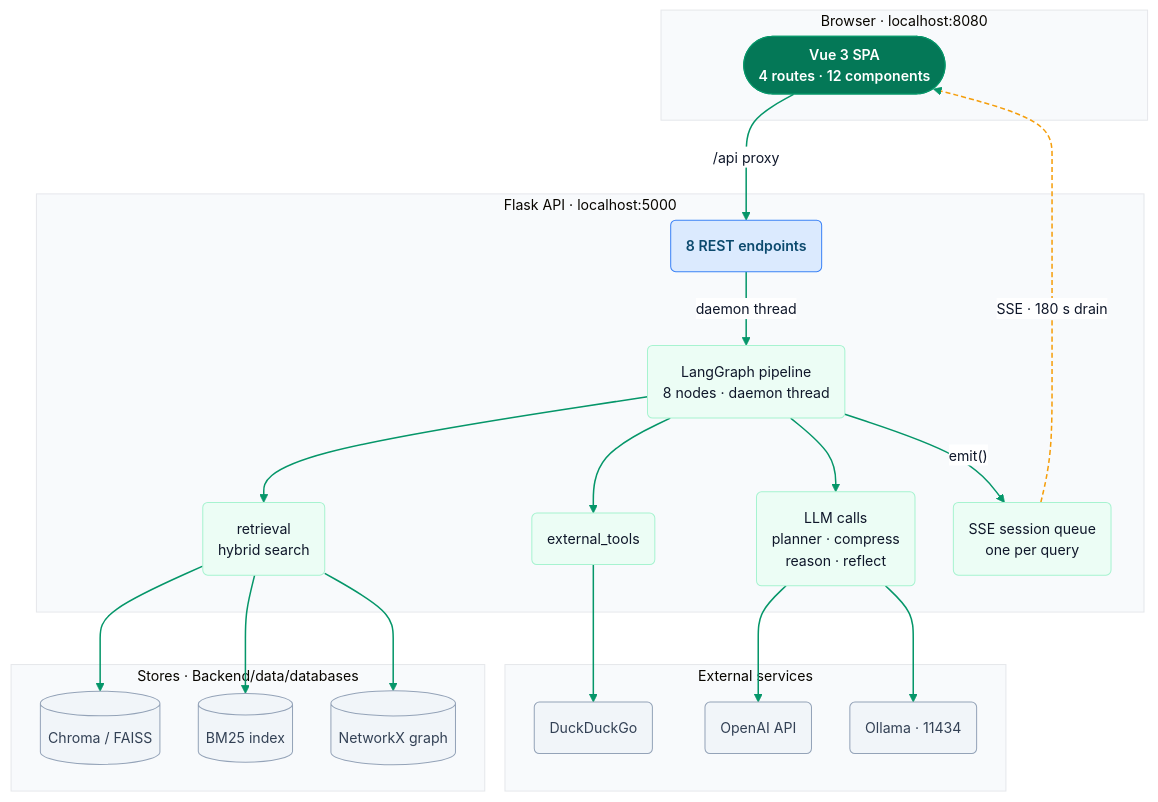
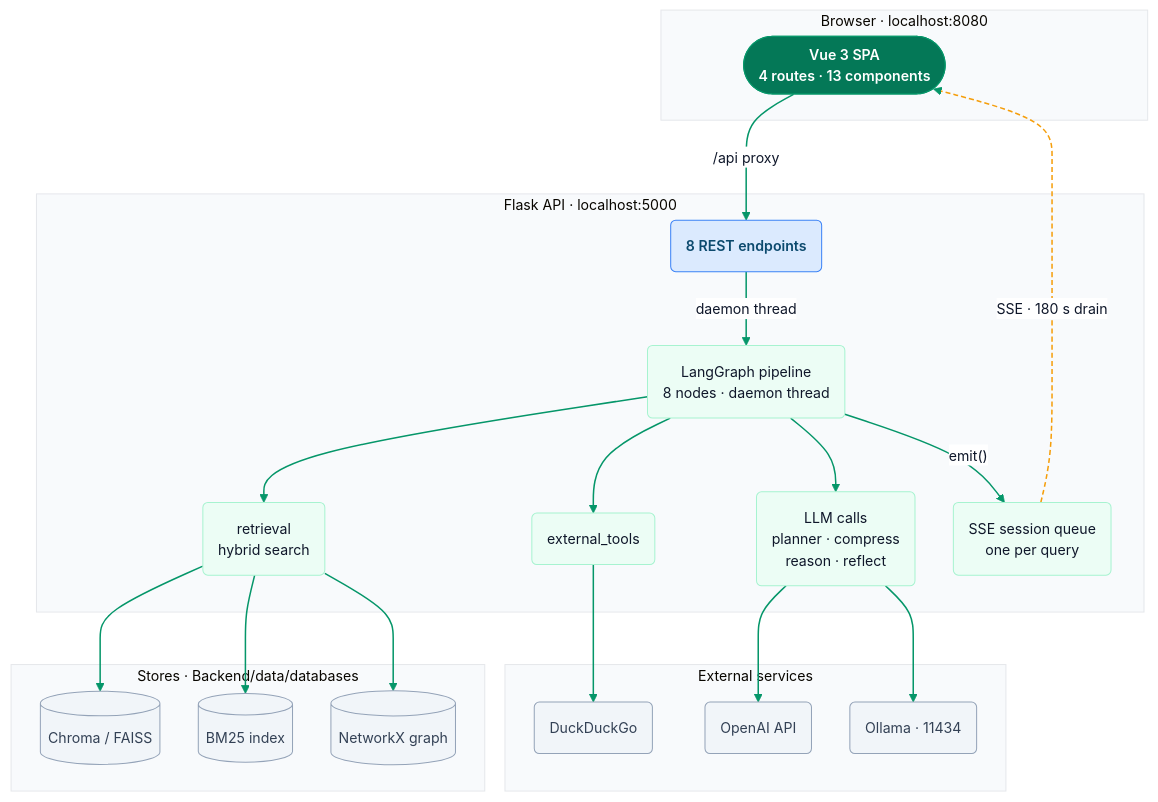
Before and after one commit to Shohrab-Hossain/Advanced-RAG-System: the diagram in .readme-lib/readme/diagrams/mermaid-source/system-architecture.mmd, drawn with Mermaid. The commit also changed 47 other files, not shown here.

```diff
--- a/.readme-lib/readme/diagrams/mermaid-source/system-architecture.mmd
+++ b/.readme-lib/readme/diagrams/mermaid-source/system-architecture.mmd
@@ -1,46 +1,46 @@
 %%{init: {'theme':'base','fontFamily':'Plus Jakarta Sans, ui-sans-serif, system-ui, sans-serif','themeCSS':'.edgeLabel, .edgeLabel p, .edgeLabel span { font-family: JetBrains Mono, ui-monospace, Consolas, monospace !important; font-size: 11px !important; color:#6B7280 !important; } .nodeLabel { font-weight:500; text-align:center; } .cluster-label .nodeLabel { font-weight:600; color:#475569 !important; }','themeVariables':{'fontSize':'14px','primaryTextColor':'#0F172A','lineColor':'#059669','edgeLabelBackground':'#FFFFFF'},'flowchart':{'curve':'basis','nodeSpacing':38,'rankSpacing':52,'diagramPadding':8,'htmlLabels':true}}}%%
 flowchart TD
     subgraph Client ["Browser · localhost:8080"]
-      SPA(["Vue 3 SPA<br/>4 routes · 12 components"]):::se
+      SPA(["Vue 3 SPA<br/>4 routes · 13 components"]):::se
     end
     subgraph Server ["Flask API · localhost:5000"]
       API("8 REST endpoints"):::gate
       PIPE("LangGraph pipeline<br/>8 nodes · daemon thread"):::step
       QUEUE("SSE session queue<br/>one per query"):::step
       RET("retrieval<br/>hybrid search"):::step
       TOOL("external_tools"):::step
       GEN("LLM calls<br/>planner · compress<br/>reason · reflect"):::step
     end
     subgraph Data ["Stores · Backend/data/databases"]
       VEC[("Chroma / FAISS")]:::ext
       BM[("BM25 index")]:::ext
       KG[("NetworkX graph")]:::ext
     end
     subgraph Outside ["External services"]
       DDG("DuckDuckGo"):::ext
       OAI("OpenAI API"):::ext
       OLL("Ollama · 11434"):::ext
     end
     SPA -->|"/api proxy"| API
     API -->|"daemon thread"| PIPE
     PIPE --> RET
     PIPE --> TOOL
     PIPE --> GEN
     PIPE -->|"emit()"| QUEUE
     QUEUE -->|"SSE · 180 s drain"| SPA
     RET --> VEC
     RET --> BM
     RET --> KG
     TOOL --> DDG
     GEN --> OAI
     GEN --> OLL
     classDef se fill:#047857,stroke:#059669,color:#FFFFFF,font-weight:600;
     classDef step fill:#ECFDF5,stroke:#A7F3D0,color:#0F172A;
     classDef gate fill:#DBEAFE,stroke:#3B82F6,color:#0C4A6E,font-weight:600;
     classDef ext fill:#F1F5F9,stroke:#94A3B8,color:#334155;
     linkStyle default stroke:#059669,stroke-width:1.5px;
     linkStyle 6 stroke:#F59E0B,stroke-width:1.5px,stroke-dasharray:5 3;
     style Client fill:#F8FAFC,stroke:#E5E7EB;
     style Server fill:#F8FAFC,stroke:#E5E7EB;
     style Data fill:#F8FAFC,stroke:#E5E7EB;
     style Outside fill:#F8FAFC,stroke:#E5E7EB;
```
